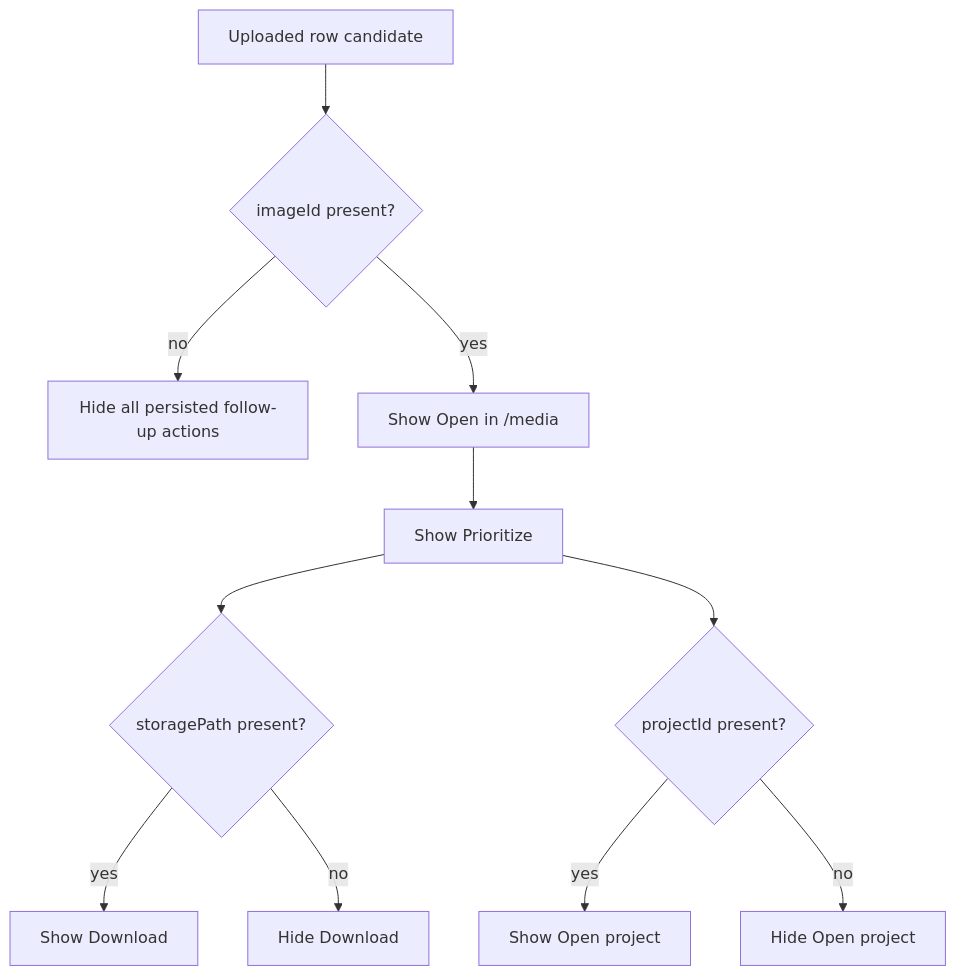
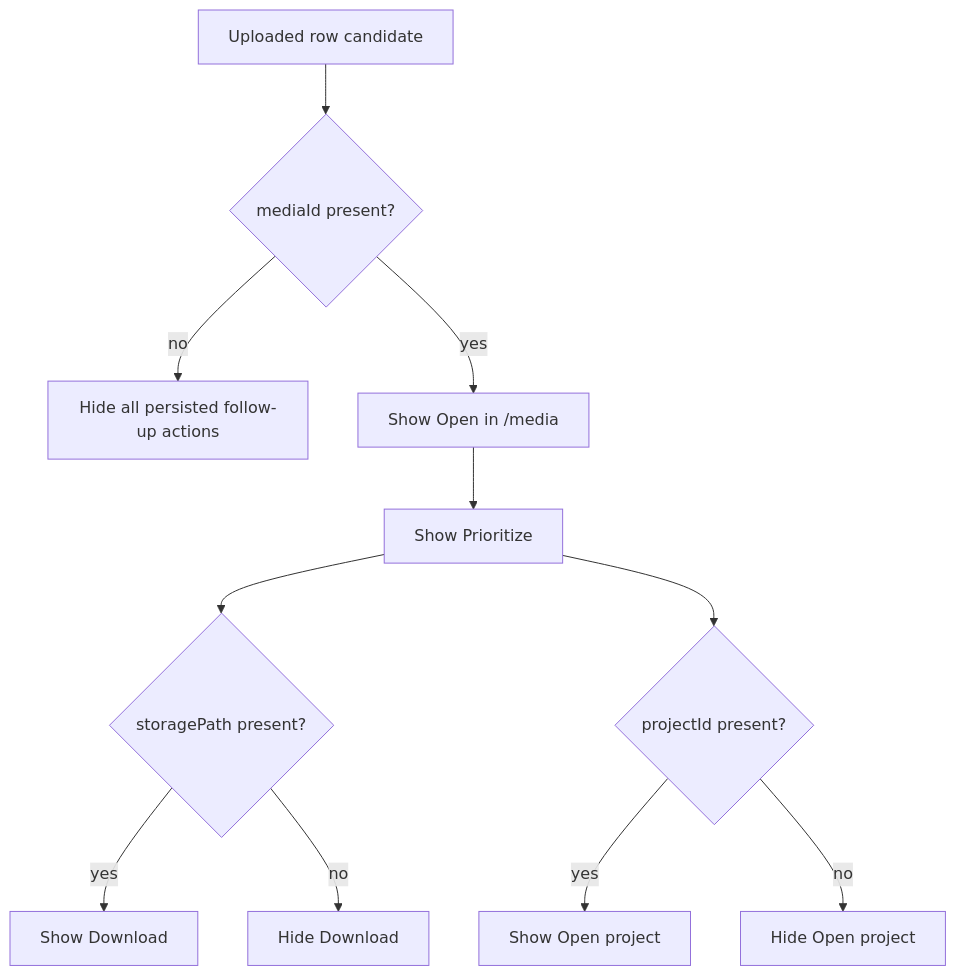
The first of 4 diagrams in docs/element-specs/upload-manager.md (matkleve/feldpost), drawn with Mermaid before and after one commit. The commit also changed other lines of this file and 19 other files, not shown here.

First line of the commit message:
refactor: update references from imageId to mediaId across documentation

````diff
--- a/docs/element-specs/upload-manager.md
+++ b/docs/element-specs/upload-manager.md
@@ -54,13 +54,13 @@
 ```mermaid
 flowchart TD
-  A[Uploaded row candidate] --> B{imageId present?}
+  A[Uploaded row candidate] --> B{mediaId present?}
   B -->|no| Z[Hide all persisted follow-up actions]
   B -->|yes| C[Show Open in /media]
   C --> D[Show Prioritize]
   D --> E{storagePath present?}
   E -->|yes| F[Show Download]
   E -->|no| G[Hide Download]
   D --> H{projectId present?}
   H -->|yes| I[Show Open project]
   H -->|no| J[Hide Open project]
 ```
````
